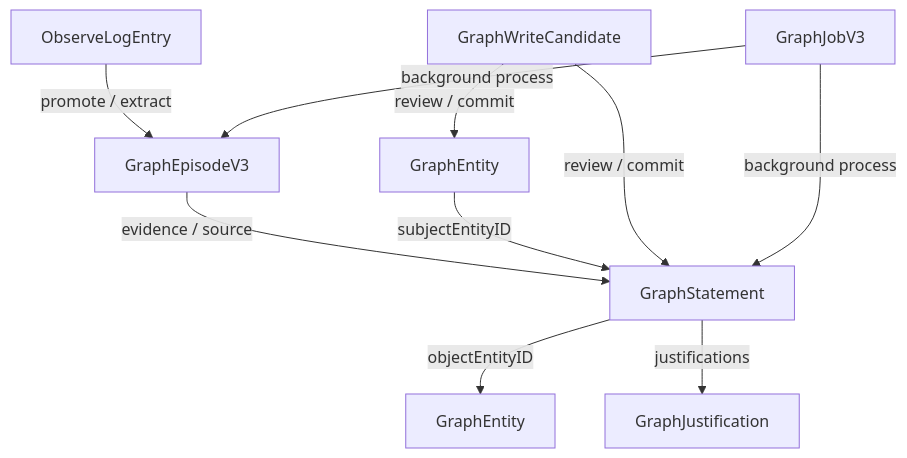
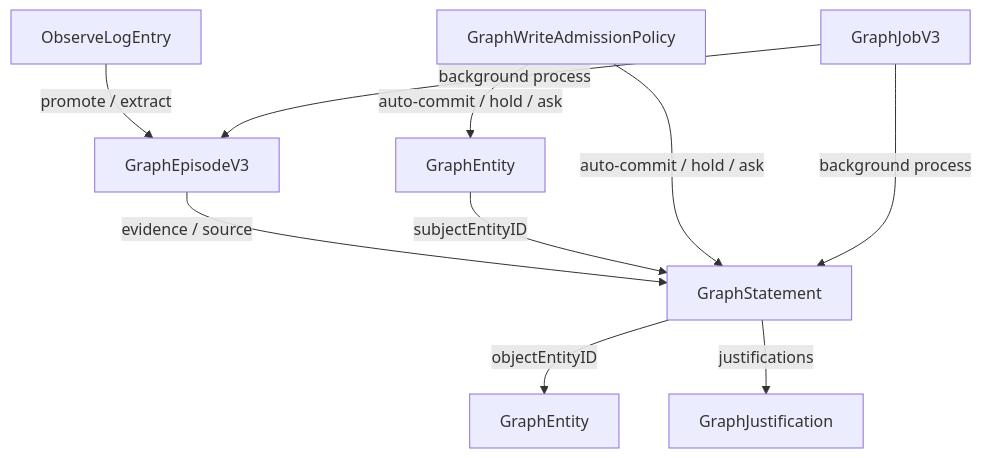
Before and after one commit to duanshiwen/connor-graph-agent-mac: the third of 3 diagrams in README.md, drawn with Mermaid. The commit also changed other lines of this file, not shown here.

Commit message:
docs: clarify write admission gate semantics

````diff
--- a/README.md
+++ b/README.md
@@ -247,12 +247,12 @@
 ```mermaid
 graph TD
     Episode[GraphEpisodeV3] -->|evidence / source| Statement[GraphStatement]
     EntityA[GraphEntity] -->|subjectEntityID| Statement
     Statement -->|objectEntityID| EntityB[GraphEntity]
     Statement -->|justifications| Justification[GraphJustification]
     Observe[ObserveLogEntry] -->|promote / extract| Episode
-    Candidate[GraphWriteCandidate] -->|review / commit| EntityA
-    Candidate -->|review / commit| Statement
+    Admission[GraphWriteAdmissionPolicy] -->|auto-commit / hold / ask| EntityA
+    Admission -->|auto-commit / hold / ask| Statement
     Job[GraphJobV3] -->|background process| Episode
     Job -->|background process| Statement
 ```
````
